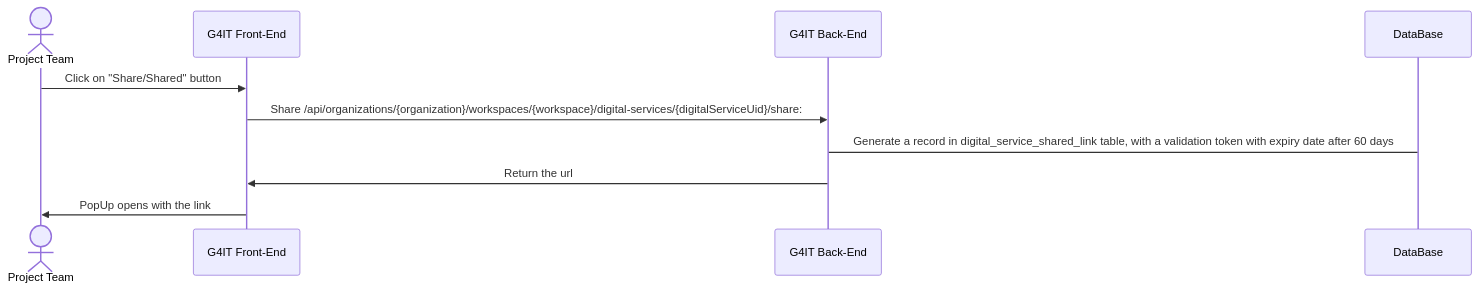
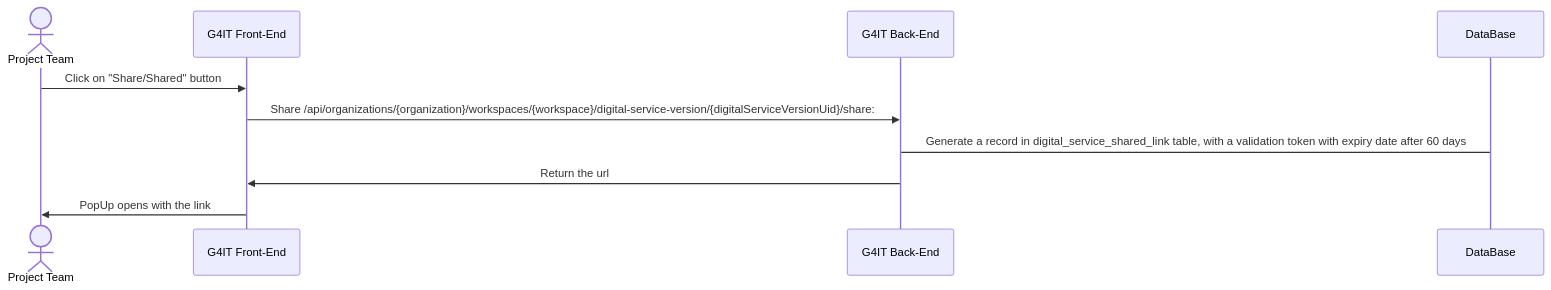
Before and after one commit to teamg4it/g4it: the second of 2 diagrams in services/documentation/content/2-functional-documentation/use_cases/uc_digital_services/uc8_share_digital_service.md, drawn with Mermaid. The commit also changed other lines of this file and 42 other files, not shown here.

```diff
--- a/services/documentation/content/2-functional-documentation/use_cases/uc_digital_services/uc8_share_digital_service.md
+++ b/services/documentation/content/2-functional-documentation/use_cases/uc_digital_services/uc8_share_digital_service.md
@@ -69,13 +69,13 @@
 {{< mermaid >}}
 sequenceDiagram
 actor RND as Project Team
 participant front as G4IT Front-End
 participant back as G4IT Back-End
 participant DataBase
 
 RND ->> front: Click on "Share/Shared" button
-front ->> back: Share /api/organizations/{organization}/workspaces/{workspace}/digital-services/{digitalServiceUid}/share:
+front ->> back: Share /api/organizations/{organization}/workspaces/{workspace}/digital-service-version/{digitalServiceVersionUid}/share:
 back -> DataBase: Generate a record in digital_service_shared_link table, with a validation token with expiry date after 60 days
 back ->> front: Return the url
 front ->> RND: PopUp opens with the link
 {{</ mermaid >}}
```
